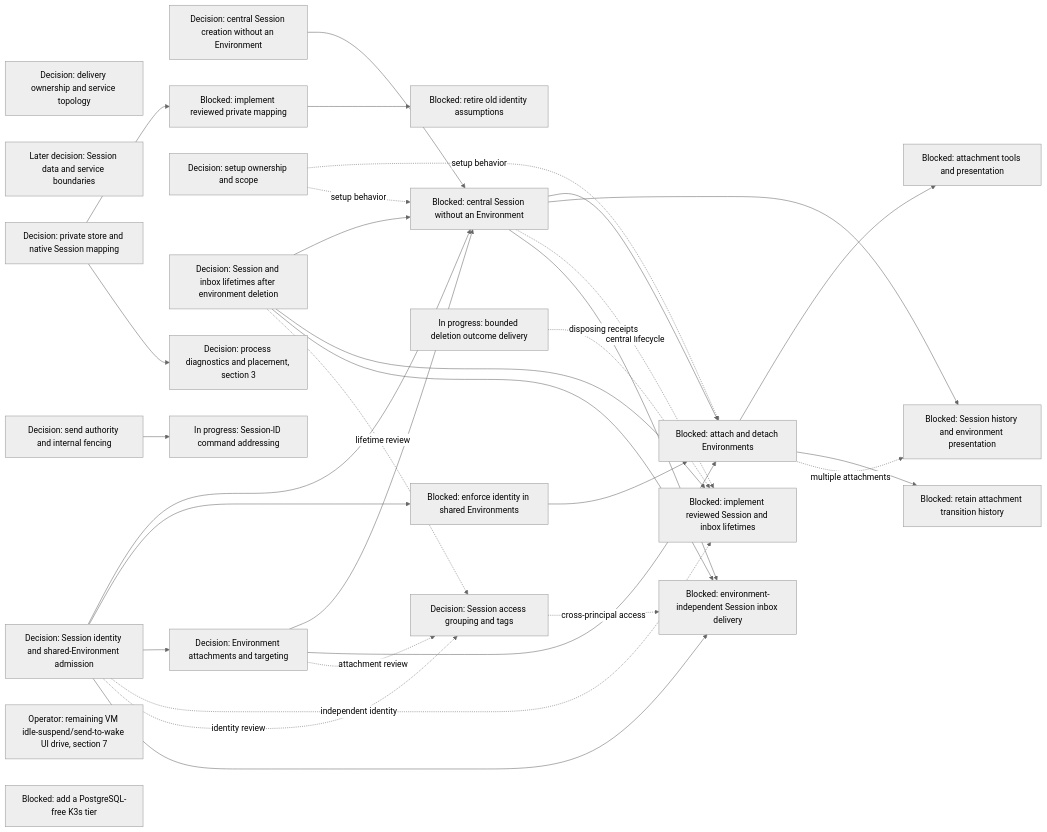
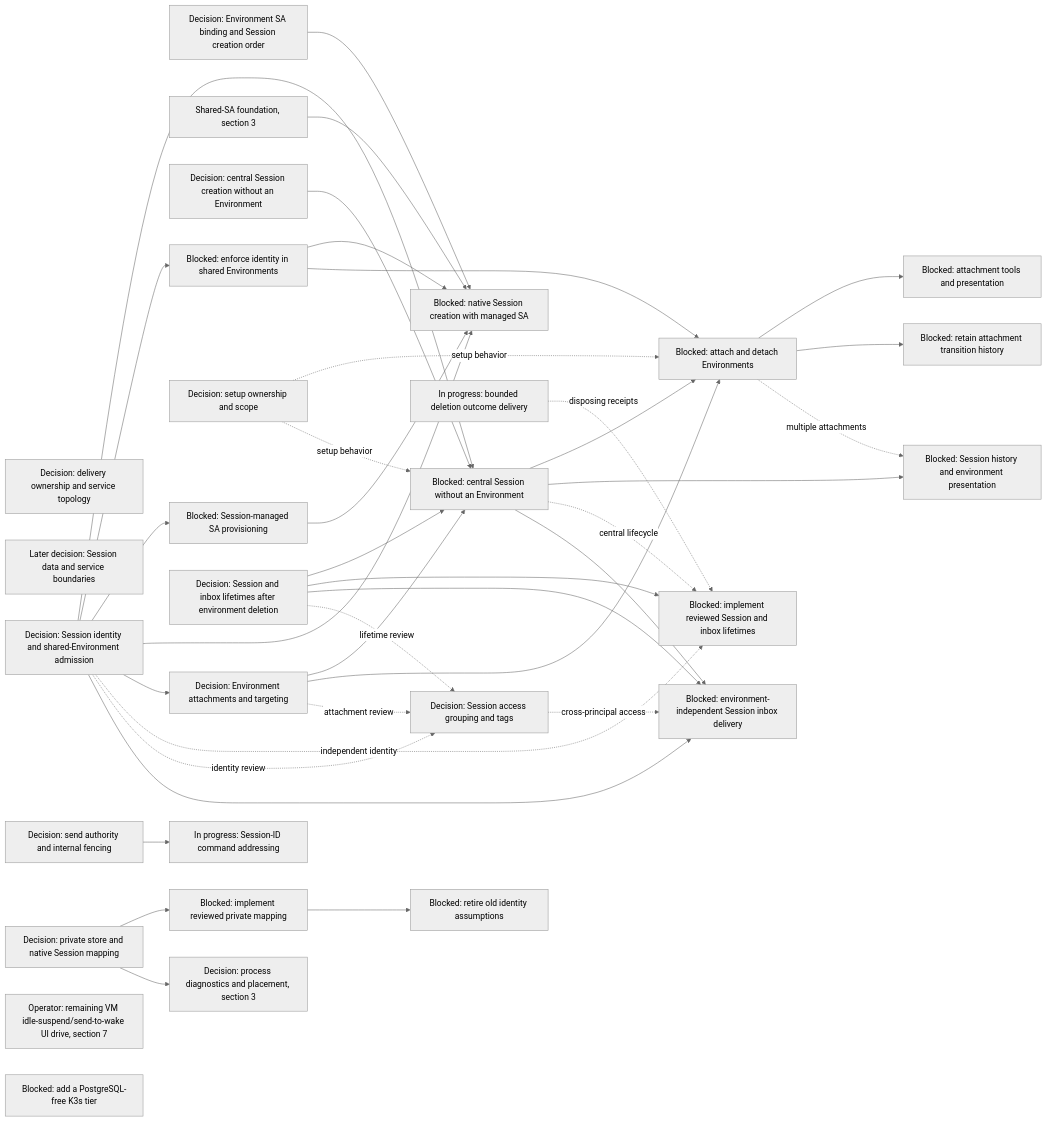
Diagram 14 of 17 in agentplane/plans/task_dag.md (agentydragon/ducktape), drawn with Mermaid (neutral theme) before and after one commit. The commit also changed other lines of this file and 1 other file, not shown here.

Commit message:
Plan SA-backed Session identity provisioning

````diff
--- a/agentplane/plans/task_dag.md
+++ b/agentplane/plans/task_dag.md
@@ -2129,58 +2127,68 @@
 ```mermaid
 flowchart LR
     DISPATCHER_PERSISTENCE_MODEL_DESIGN[Decision: delivery ownership and service topology]
     SESSION_DATA_OWNERSHIP_DESIGN[Later decision: Session data and service boundaries]
     SESSION_IDENTITY_CONTRACT[Decision: Session identity and shared-Environment admission]
+    ENVIRONMENT_IDENTITY_BINDING_DESIGN[Decision: Environment SA binding and Session creation order]
+    SESSION_MANAGED_IDENTITY[Blocked: Session-managed SA provisioning]
+    SESSION_NATIVE_IDENTITY_WORKFLOW[Blocked: native Session creation with managed SA]
+    ENVIRONMENT_SHARED_ACCOUNT[Shared-SA foundation, section 3]
     SESSION_ACCESS_GROUPING_DESIGN[Decision: Session access grouping and tags]
     CENTRAL_SESSION_CREATION_CONTRACT[Decision: central Session creation without an Environment]
     SESSION_ATTACHMENT_CONTRACT[Decision: Environment attachments and targeting]
     SESSION_ENVIRONMENT_SETUP_DESIGN[Decision: setup ownership and scope]
     SESSION_IDENTITY_ENFORCEMENT[Blocked: enforce identity in shared Environments]
     CENTRAL_SESSION_WITHOUT_ENVIRONMENT[Blocked: central Session without an Environment]
     SESSION_ENV_ATTACHMENTS[Blocked: attach and detach Environments]
     SESSION_ATTACHMENT_SURFACES[Blocked: attachment tools and presentation]
     SESSION_ATTACHMENT_HISTORY[Blocked: retain attachment transition history]
     SESSION_LIFETIME_IMPLEMENTATION[Blocked: implement reviewed Session and inbox lifetimes]
     CENTRAL_SESSION_NOTIFICATIONS[Blocked: environment-independent Session inbox delivery]
     DELIVERY_DESTINATION_AUTHORITY_DESIGN[Decision: send authority and internal fencing]
     SESSION_DELETION_FENCE[In progress: bounded deletion outcome delivery]
     SESSION_AND_INBOX_LIFETIME[Decision: Session and inbox lifetimes after environment deletion]
     DELIVERY_DESTINATION_CONTRACT[In progress: Session-ID command addressing]
     SESSION_HISTORY_PRESENTATION[Blocked: Session history and environment presentation]
     SESSION_IDENTITY_CONTRACT --> CENTRAL_SESSION_WITHOUT_ENVIRONMENT
     CENTRAL_SESSION_CREATION_CONTRACT --> CENTRAL_SESSION_WITHOUT_ENVIRONMENT
     SESSION_ATTACHMENT_CONTRACT --> CENTRAL_SESSION_WITHOUT_ENVIRONMENT
     SESSION_AND_INBOX_LIFETIME --> CENTRAL_SESSION_WITHOUT_ENVIRONMENT
     SESSION_IDENTITY_CONTRACT --> SESSION_IDENTITY_ENFORCEMENT
+    SESSION_IDENTITY_CONTRACT --> SESSION_MANAGED_IDENTITY
+    SESSION_IDENTITY_CONTRACT --> SESSION_NATIVE_IDENTITY_WORKFLOW
+    ENVIRONMENT_IDENTITY_BINDING_DESIGN --> SESSION_NATIVE_IDENTITY_WORKFLOW
+    SESSION_MANAGED_IDENTITY --> SESSION_NATIVE_IDENTITY_WORKFLOW
+    ENVIRONMENT_SHARED_ACCOUNT --> SESSION_NATIVE_IDENTITY_WORKFLOW
+    SESSION_IDENTITY_ENFORCEMENT --> SESSION_NATIVE_IDENTITY_WORKFLOW
     SESSION_IDENTITY_CONTRACT --> SESSION_ATTACHMENT_CONTRACT
     SESSION_ATTACHMENT_CONTRACT --> SESSION_ENV_ATTACHMENTS
     SESSION_ENVIRONMENT_SETUP_DESIGN -. setup behavior .-> SESSION_ENV_ATTACHMENTS
     SESSION_ENVIRONMENT_SETUP_DESIGN -. setup behavior .-> CENTRAL_SESSION_WITHOUT_ENVIRONMENT
     SESSION_IDENTITY_ENFORCEMENT --> SESSION_ENV_ATTACHMENTS
     CENTRAL_SESSION_WITHOUT_ENVIRONMENT --> SESSION_ENV_ATTACHMENTS
     SESSION_ENV_ATTACHMENTS --> SESSION_ATTACHMENT_SURFACES
     SESSION_ENV_ATTACHMENTS --> SESSION_ATTACHMENT_HISTORY
     CENTRAL_SESSION_WITHOUT_ENVIRONMENT --> SESSION_HISTORY_PRESENTATION
     SESSION_ENV_ATTACHMENTS -. multiple attachments .-> SESSION_HISTORY_PRESENTATION
     SESSION_AND_INBOX_LIFETIME --> SESSION_LIFETIME_IMPLEMENTATION
     SESSION_IDENTITY_CONTRACT -. independent identity .-> SESSION_LIFETIME_IMPLEMENTATION
     CENTRAL_SESSION_WITHOUT_ENVIRONMENT -. central lifecycle .-> SESSION_LIFETIME_IMPLEMENTATION
     SESSION_DELETION_FENCE -. disposing receipts .-> SESSION_LIFETIME_IMPLEMENTATION
     SESSION_AND_INBOX_LIFETIME --> CENTRAL_SESSION_NOTIFICATIONS
     SESSION_IDENTITY_CONTRACT -. identity review .-> SESSION_ACCESS_GROUPING_DESIGN
     SESSION_ATTACHMENT_CONTRACT -. attachment review .-> SESSION_ACCESS_GROUPING_DESIGN
     SESSION_AND_INBOX_LIFETIME -. lifetime review .-> SESSION_ACCESS_GROUPING_DESIGN
     SESSION_ACCESS_GROUPING_DESIGN -. cross-principal access .-> CENTRAL_SESSION_NOTIFICATIONS
     SESSION_IDENTITY_CONTRACT --> CENTRAL_SESSION_NOTIFICATIONS
     CENTRAL_SESSION_WITHOUT_ENVIRONMENT --> CENTRAL_SESSION_NOTIFICATIONS
     HARNESS_IDENTITY_DESIGN[Decision: private store and native Session mapping]
     RUNNER_STORE_SESSION_IDENTITY[Blocked: implement reviewed private mapping]
     RUNNER_IDENTITY_LEGACY_CLEANUP[Blocked: retire old identity assumptions]
     IDLE_SUSPEND_UI_DRIVE[Operator: remaining VM idle-suspend/send-to-wake UI drive, section 7]
     RUNNER_HARNESS_OBJECTS_DESIGN[Decision: process diagnostics and placement, section 3]
     CNPG_FREE_K3S_INTEGRATION_TIER[Blocked: add a PostgreSQL-free K3s tier]
     DELIVERY_DESTINATION_AUTHORITY_DESIGN --> DELIVERY_DESTINATION_CONTRACT
     RUNNER_STORE_SESSION_IDENTITY --> RUNNER_IDENTITY_LEGACY_CLEANUP
     HARNESS_IDENTITY_DESIGN --> RUNNER_STORE_SESSION_IDENTITY
     HARNESS_IDENTITY_DESIGN --> RUNNER_HARNESS_OBJECTS_DESIGN
 ```
````
